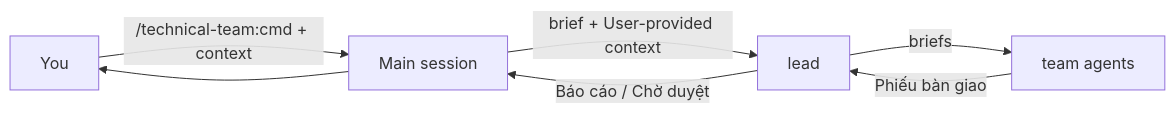
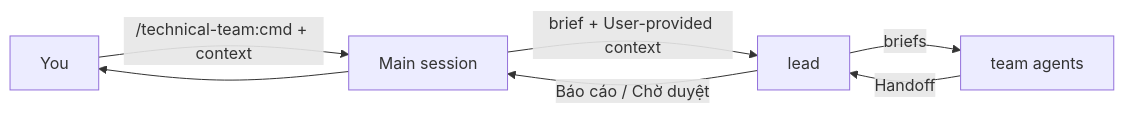
Before and after one commit to Tuan-Quyen/technical-teams: the first of 2 diagrams in skills/run-kit/SKILL.md, drawn with Mermaid. The commit also changed other lines of this file and 37 other files, not shown here.

````diff
--- a/skills/run-kit/SKILL.md
+++ b/skills/run-kit/SKILL.md
@@ -22,8 +22,8 @@
 ```mermaid
 flowchart LR
   U[You] -->|/technical-team:cmd + context| M[Main session]
   M -->|brief + User-provided context| L[lead]
   L -->|briefs| T[team agents]
-  T -->|Phiếu bàn giao| L
+  T -->|Handoff| L
   L -->|Báo cáo / Chờ duyệt| M --> U
 ```
````
